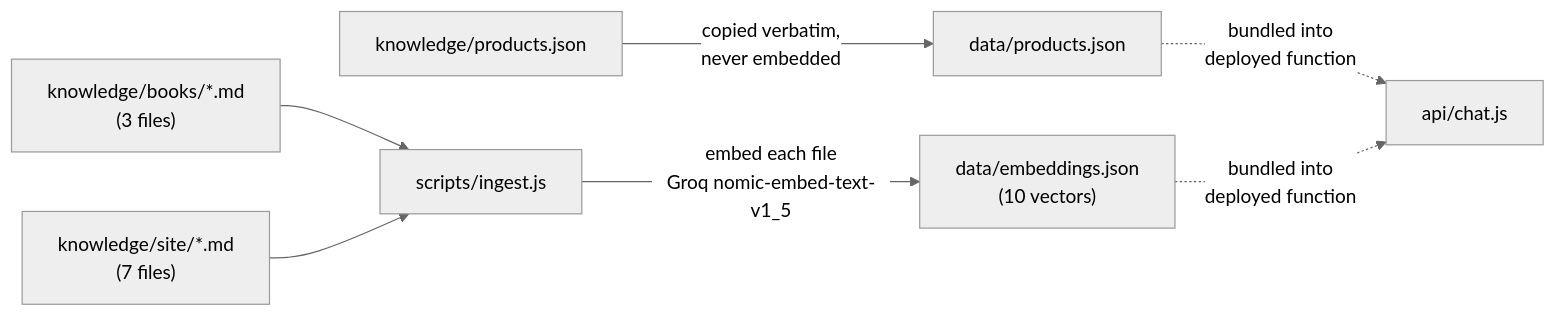
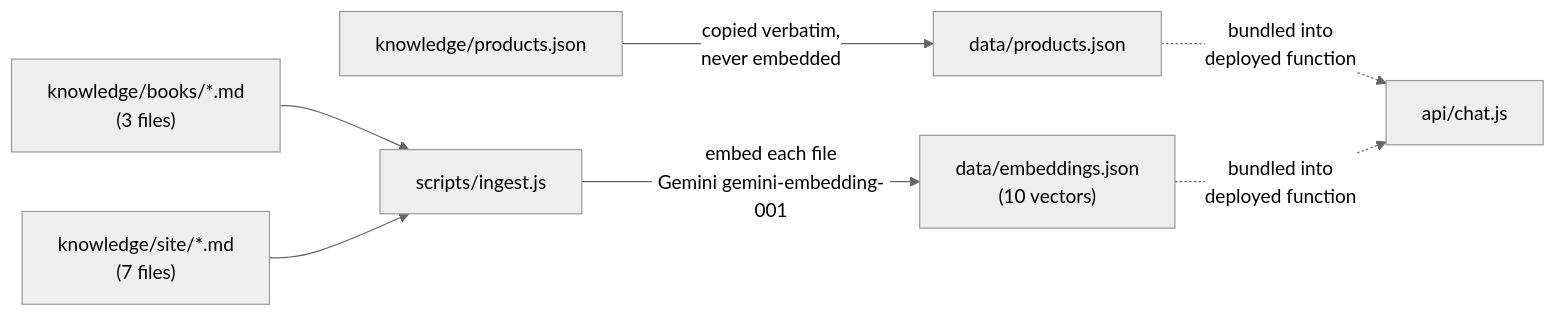
One commit to visern/dot-marker-website-ai changed the first of 2 diagrams in README.md. Above: the diagram before and after it, drawn with Mermaid (neutral theme). The commit also changed other lines of this file, not shown here.

First line of the commit message:
Fix architecture diagrams to match corrected Gemini-embeddings pipeline

````diff
--- a/README.md
+++ b/README.md
@@ -24,9 +24,9 @@
 ```mermaid
 flowchart LR
     P1["knowledge/products.json"] -->|"copied verbatim,<br/>never embedded"| D1["data/products.json"]
     P2["knowledge/books/*.md<br/>(3 files)"] --> S["scripts/ingest.js"]
     P3["knowledge/site/*.md<br/>(7 files)"] --> S
-    S -->|"embed each file<br/>Groq nomic-embed-text-v1_5"| D2["data/embeddings.json<br/>(10 vectors)"]
+    S -->|"embed each file<br/>Gemini gemini-embedding-001"| D2["data/embeddings.json<br/>(10 vectors)"]
     D1 -.->|"bundled into<br/>deployed function"| API["api/chat.js"]
     D2 -.->|"bundled into<br/>deployed function"| API
 ```
````
